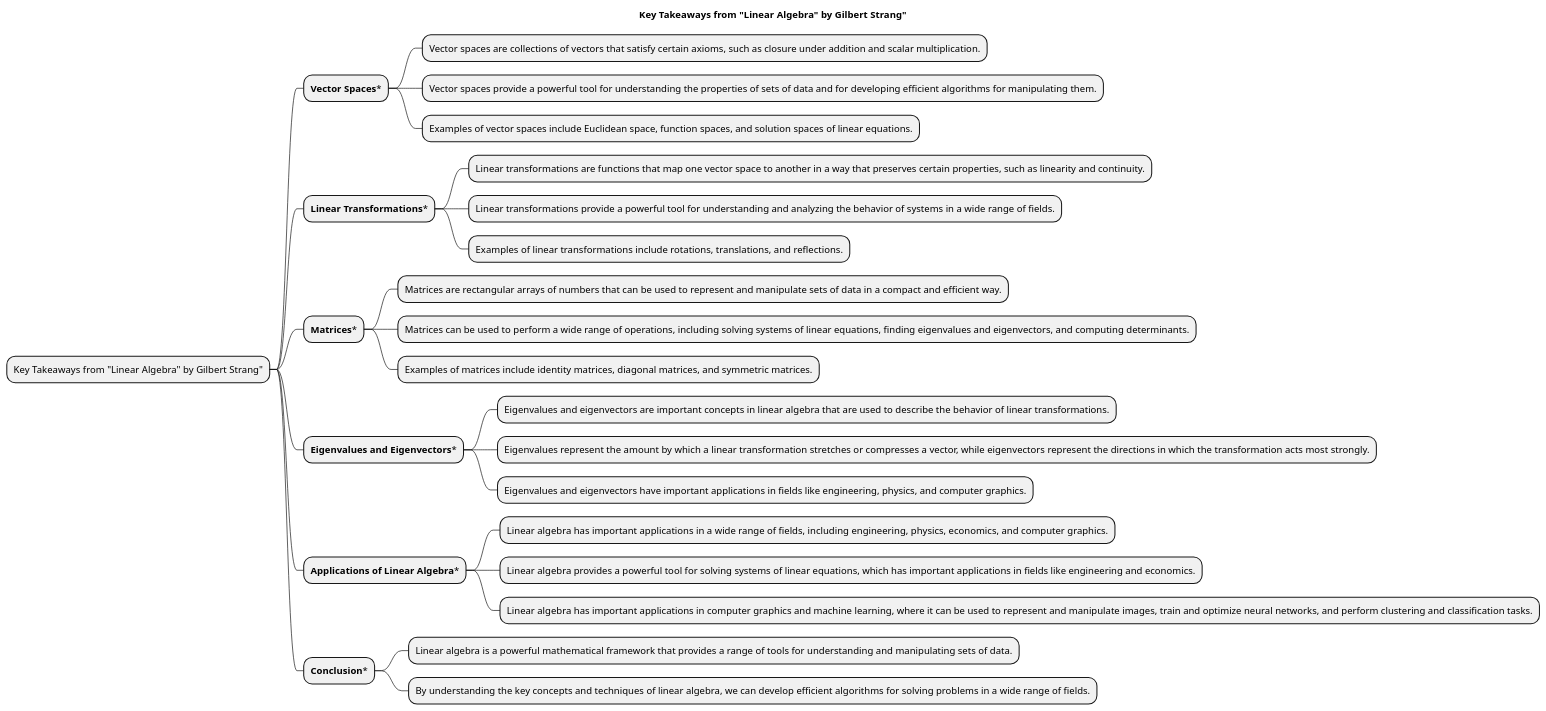
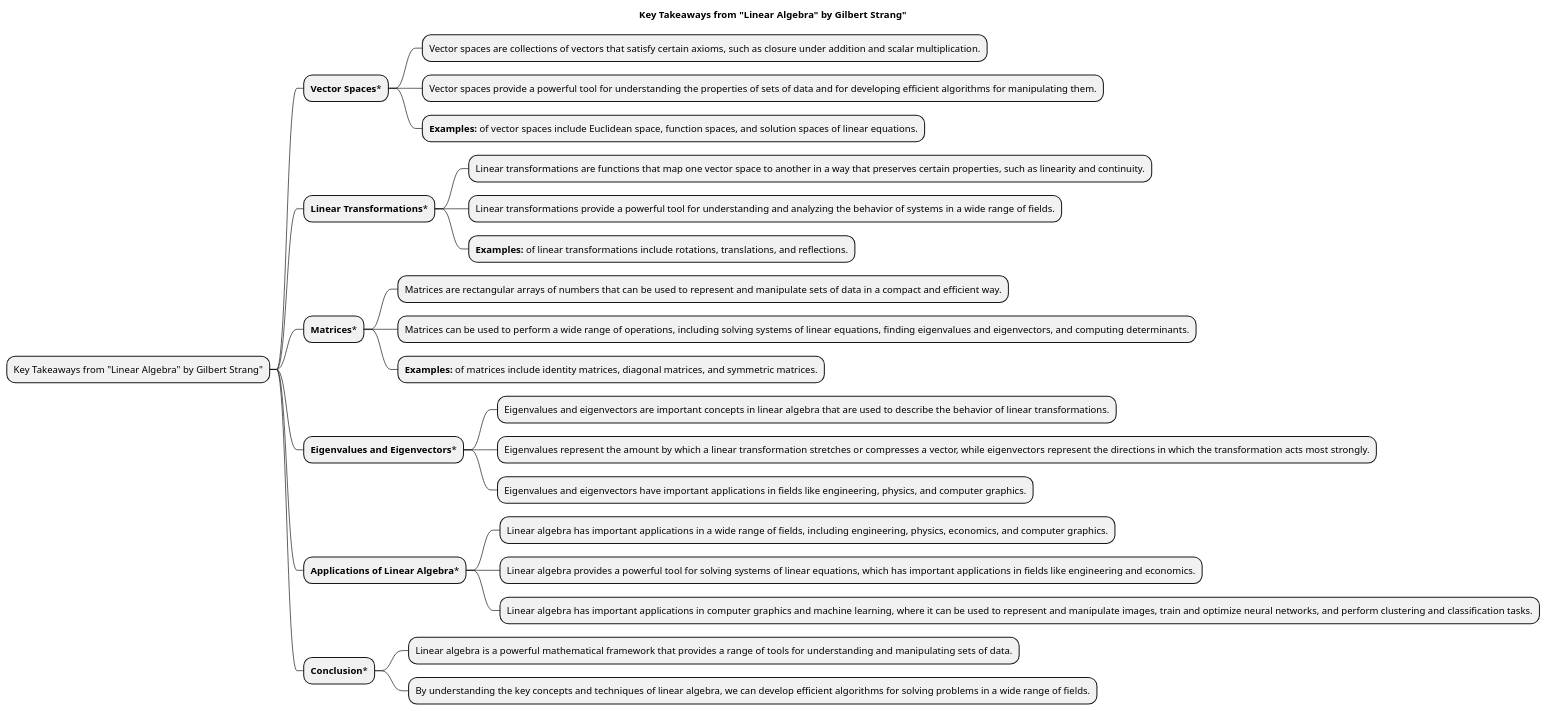
The diagram in docs/books/1-books-backlog/mathematics/linear-algebra.puml (MehmoodHashmi/Documentation-as-Code-DaC), drawn with PlantUML before and after one commit. The commit also changed 9 other files, not shown here.

```diff
--- a/docs/books/1-books-backlog/mathematics/linear-algebra.puml
+++ b/docs/books/1-books-backlog/mathematics/linear-algebra.puml
@@ -1,34 +1,34 @@
 @startmindmap
 title **Key Takeaways from "Linear Algebra" by Gilbert Strang"**
 
 * Key Takeaways from "Linear Algebra" by Gilbert Strang"
 
 ** **Vector Spaces***
 *** Vector spaces are collections of vectors that satisfy certain axioms, such as closure under addition and scalar multiplication.
 *** Vector spaces provide a powerful tool for understanding the properties of sets of data and for developing efficient algorithms for manipulating them.
-*** Examples of vector spaces include Euclidean space, function spaces, and solution spaces of linear equations.
+*** **Examples:** of vector spaces include Euclidean space, function spaces, and solution spaces of linear equations.
 
 ** **Linear Transformations***
 *** Linear transformations are functions that map one vector space to another in a way that preserves certain properties, such as linearity and continuity.
 *** Linear transformations provide a powerful tool for understanding and analyzing the behavior of systems in a wide range of fields.
-*** Examples of linear transformations include rotations, translations, and reflections.
+*** **Examples:** of linear transformations include rotations, translations, and reflections.
 
 ** **Matrices***
 *** Matrices are rectangular arrays of numbers that can be used to represent and manipulate sets of data in a compact and efficient way.
 *** Matrices can be used to perform a wide range of operations, including solving systems of linear equations, finding eigenvalues and eigenvectors, and computing determinants.
-*** Examples of matrices include identity matrices, diagonal matrices, and symmetric matrices.
+*** **Examples:** of matrices include identity matrices, diagonal matrices, and symmetric matrices.
 
 ** **Eigenvalues and Eigenvectors***
 *** Eigenvalues and eigenvectors are important concepts in linear algebra that are used to describe the behavior of linear transformations.
 *** Eigenvalues represent the amount by which a linear transformation stretches or compresses a vector, while eigenvectors represent the directions in which the transformation acts most strongly.
 *** Eigenvalues and eigenvectors have important applications in fields like engineering, physics, and computer graphics.
 
 ** **Applications of Linear Algebra***
 *** Linear algebra has important applications in a wide range of fields, including engineering, physics, economics, and computer graphics.
 *** Linear algebra provides a powerful tool for solving systems of linear equations, which has important applications in fields like engineering and economics.
 *** Linear algebra has important applications in computer graphics and machine learning, where it can be used to represent and manipulate images, train and optimize neural networks, and perform clustering and classification tasks.
 
 ** **Conclusion***
 *** Linear algebra is a powerful mathematical framework that provides a range of tools for understanding and manipulating sets of data.
 *** By understanding the key concepts and techniques of linear algebra, we can develop efficient algorithms for solving problems in a wide range of fields.
 @endmindmap
```
